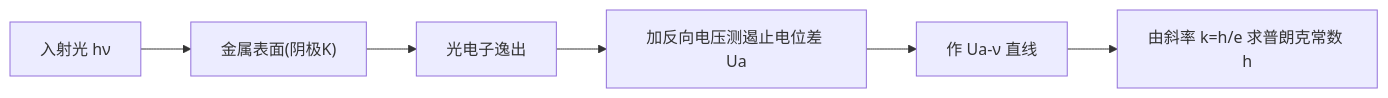
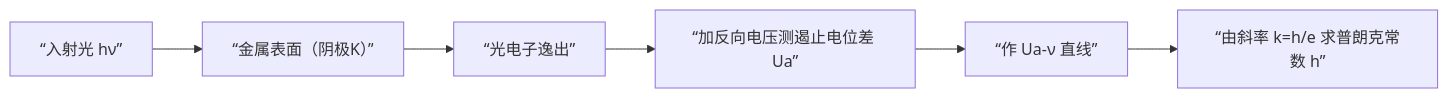
The diagram in docs/01-光电效应测普朗克常数.md (LiuandXu/physics-experiment-wiki), drawn with Mermaid before and after one commit. The commit also changed other lines of this file and 9 other files, not shown here.

````diff
--- a/docs/01-光电效应测普朗克常数.md
+++ b/docs/01-光电效应测普朗克常数.md
@@ -105,8 +105,8 @@
 ```mermaid
 flowchart LR
-    A["入射光 hν"] --> B["金属表面(阴极K)"]
-    B --> C["光电子逸出"]
-    C --> D["加反向电压测遏止电位差 Ua"]
-    D --> E["作 Ua-ν 直线"]
-    E --> F["由斜率 k=h/e 求普朗克常数 h"]
+    A[“入射光 hν”] --> B[“金属表面（阴极K）”]
+    B --> C[“光电子逸出”]
+    C --> D[“加反向电压测遏止电位差 Ua”]
+    D --> E[“作 Ua-ν 直线”]
+    E --> F[“由斜率 k=h/e 求普朗克常数 h”]
 ```
````
